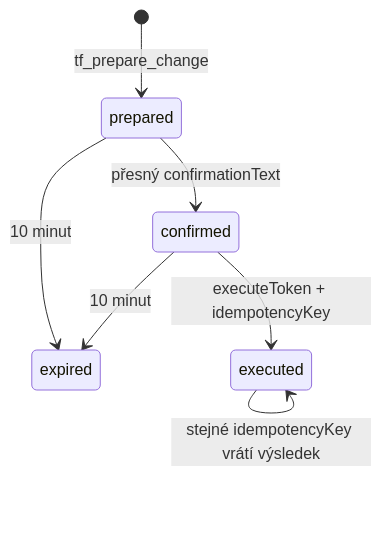
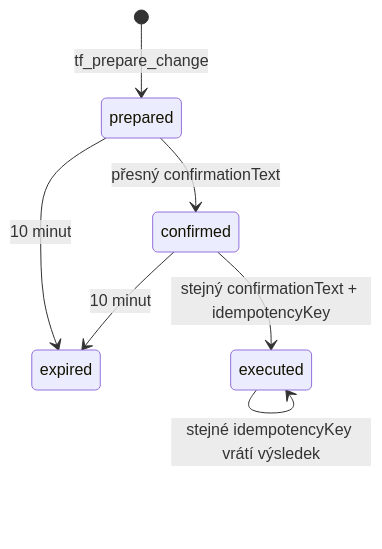
The diagram in docs/mcp/write-safety.md (Martin82K/Tender-Flow), drawn with Mermaid before and after one commit. The commit also changed other lines of this file and 3 other files, not shown here.

Commit message:
fix mcp execute confirmation

````diff
--- a/docs/mcp/write-safety.md
+++ b/docs/mcp/write-safety.md
@@ -22,9 +22,9 @@
 ```mermaid
 stateDiagram-v2
   [*] --> prepared: tf_prepare_change
   prepared --> confirmed: přesný confirmationText
   prepared --> expired: 10 minut
-  confirmed --> executed: executeToken + idempotencyKey
+  confirmed --> executed: stejný confirmationText + idempotencyKey
   confirmed --> expired: 10 minut
   executed --> executed: stejné idempotencyKey vrátí výsledek
 ```
````
